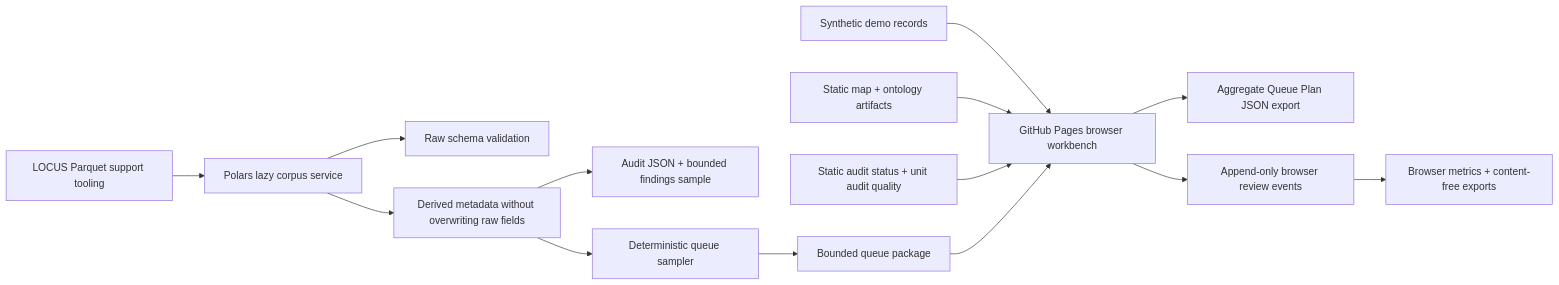
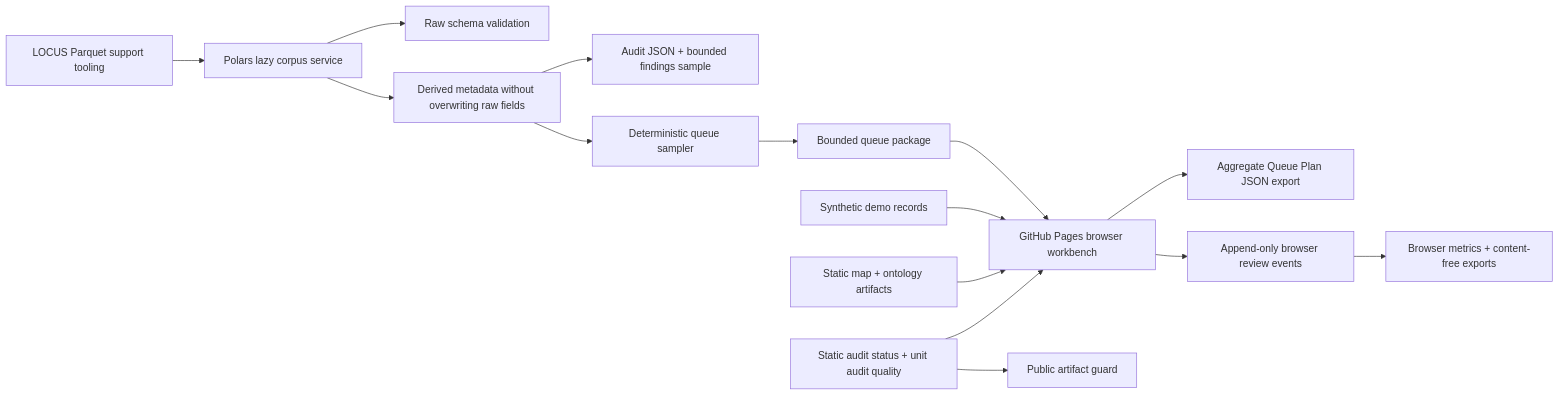
One commit to evcatalyst/evolocus changed the diagram in docs/local-law-analytics-platform.md. Above: the diagram before and after it, drawn with Mermaid. The commit also changed other lines of this file and 13 other files, not shown here.

````diff
--- a/docs/local-law-analytics-platform.md
+++ b/docs/local-law-analytics-platform.md
@@ -49,16 +49,17 @@
 ```mermaid
 flowchart LR
   A["LOCUS Parquet support tooling"] --> B["Polars lazy corpus service"]
   B --> C["Raw schema validation"]
   B --> D["Derived metadata without overwriting raw fields"]
   D --> E["Audit JSON + bounded findings sample"]
   D --> F["Deterministic queue sampler"]
   F --> G["Bounded queue package"]
   H["Synthetic demo records"] --> I["GitHub Pages browser workbench"]
   L["Static map + ontology artifacts"] --> I
   M["Static audit status + unit audit quality"] --> I
   I --> Q["Aggregate Queue Plan JSON export"]
+  M --> V["Public artifact guard"]
   G --> I
   I --> J["Append-only browser review events"]
   J --> K["Browser metrics + content-free exports"]
 ```
````
